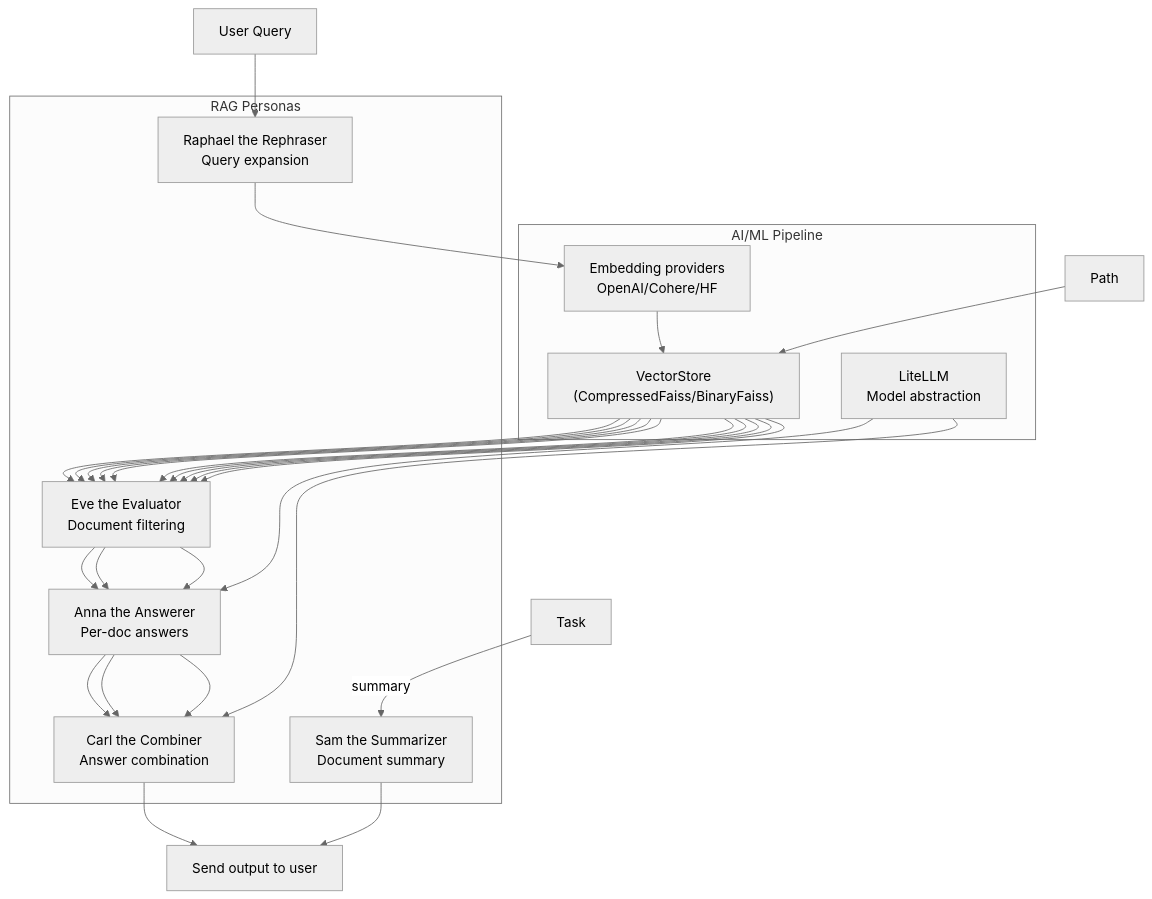
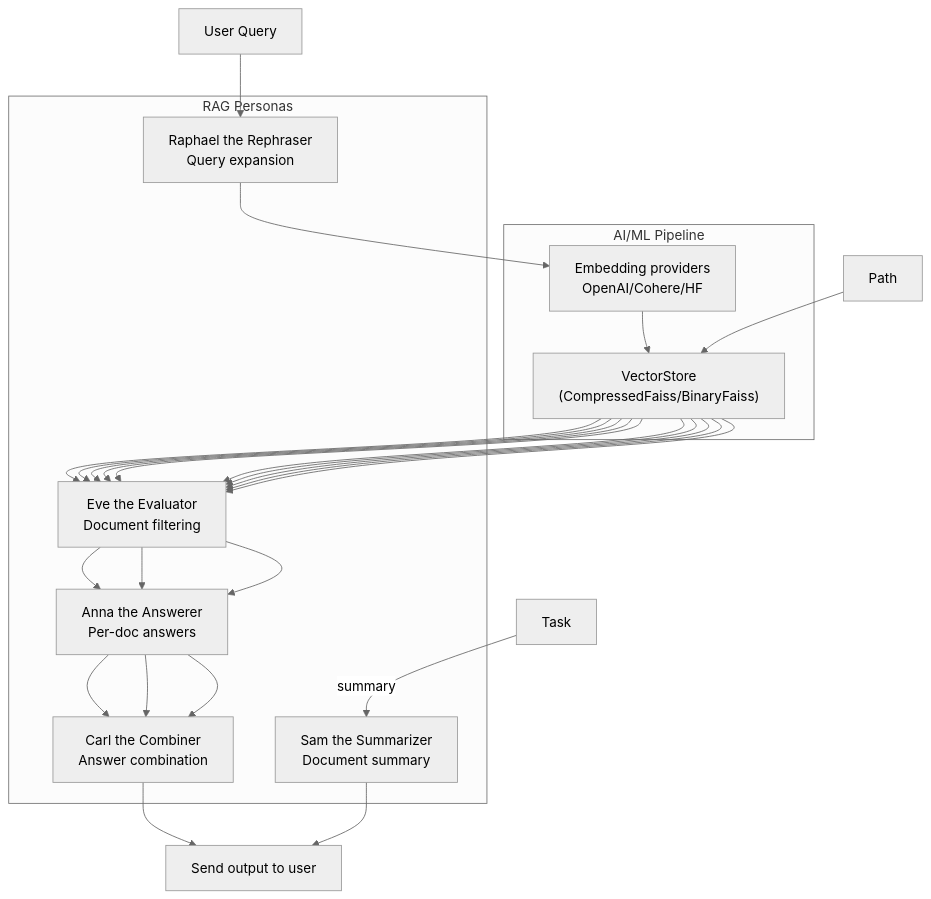
The diagram in images/diagram.mmd (thiswillbeyourgithub/wdoc), drawn with Mermaid (neutral theme) before and after one commit.

Commit message:
refactor: remove LiteLLM model abstraction from diagram

```diff
--- a/images/diagram.mmd
+++ b/images/diagram.mmd
@@ -1,51 +1,48 @@
 flowchart TD
     Task["Task"]
     UserQuery["User Query"]
     Path["Path"]
 
     subgraph AIMLPipeline["AI/ML Pipeline"]
         Embeddings["Embedding providers<br/>OpenAI/Cohere/HF"]
         VectorStore["VectorStore<br/>(CompressedFaiss/BinaryFaiss)"]
-        LLM["LiteLLM<br/>Model abstraction"]
 
         Embeddings --> VectorStore
     end
 
     subgraph RAGPersonas["RAG Personas"]
         Raphael["Raphael the Rephraser<br/>Query expansion"]
         Sam["Sam the Summarizer<br/>Document summary"]
         Eve["Eve the Evaluator<br/>Document filtering"]
         Anna["Anna the Answerer<br/>Per-doc answers"]
         Carl["Carl the Combiner<br/>Answer combination"]
     end
 
     Path --> VectorStore
     UserQuery --> Raphael
     Raphael --> Embeddings
     
     VectorStore --> Eve
     VectorStore --> Eve
     VectorStore --> Eve
     VectorStore --> Eve
     VectorStore --> Eve
     VectorStore --> Eve
     VectorStore --> Eve
     VectorStore --> Eve
     VectorStore --> Eve
     VectorStore --> Eve
     
     Eve --> Anna
     Eve --> Anna
     Eve --> Anna
     
     Anna --> Carl
     Anna --> Carl
     Anna --> Carl
-    LLM --> Anna
-    LLM --> Carl
 
     Output["Send output to user"]
     Carl --> Output
     
     Task -->|summary| Sam
     Sam --> Output
```
